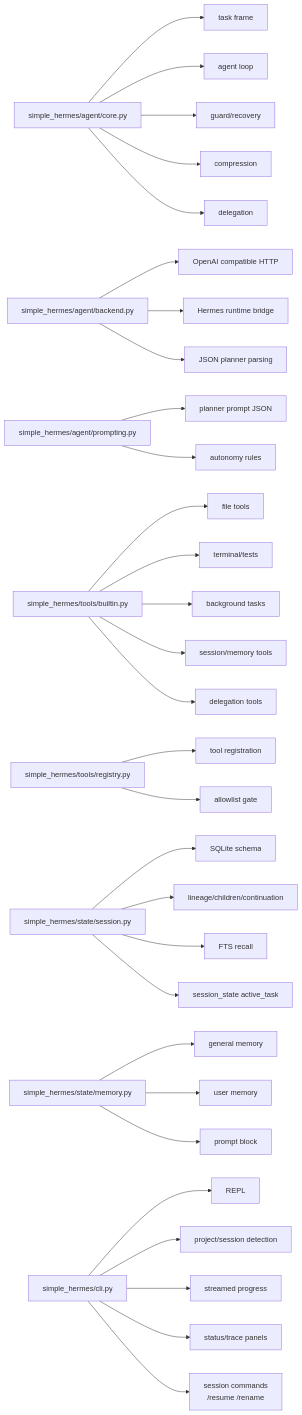
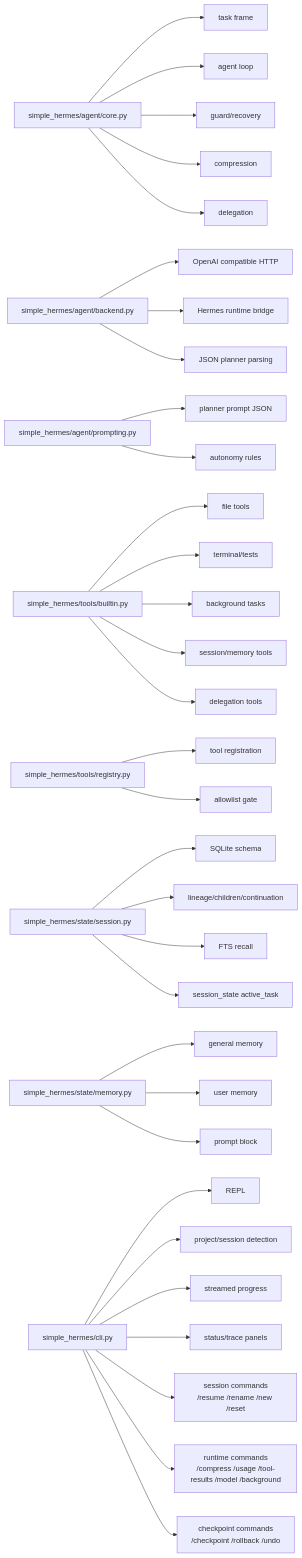
Diagram 14 of 17 in M_docs/IMPLEMENTATION_DETAILS.md (floatingstarZ/simple_hermes), drawn with Mermaid before and after one commit. The commit also changed other lines of this file and 12 other files, not shown here.

````diff
--- a/M_docs/IMPLEMENTATION_DETAILS.md
+++ b/M_docs/IMPLEMENTATION_DETAILS.md
@@ -419,39 +419,41 @@
 ```mermaid
 flowchart LR
     Core["simple_hermes/agent/core.py"] --> C1["task frame"]
     Core --> C2["agent loop"]
     Core --> C3["guard/recovery"]
     Core --> C4["compression"]
     Core --> C5["delegation"]
 
     Backend["simple_hermes/agent/backend.py"] --> B1["OpenAI compatible HTTP"]
     Backend --> B2["Hermes runtime bridge"]
     Backend --> B3["JSON planner parsing"]
 
     Prompt["simple_hermes/agent/prompting.py"] --> P1["planner prompt JSON"]
     Prompt --> P2["autonomy rules"]
 
     Tools["simple_hermes/tools/builtin.py"] --> T1["file tools"]
     Tools --> T2["terminal/tests"]
     Tools --> T3["background tasks"]
     Tools --> T4["session/memory tools"]
     Tools --> T5["delegation tools"]
 
     Registry["simple_hermes/tools/registry.py"] --> R1["tool registration"]
     Registry --> R2["allowlist gate"]
 
     Session["simple_hermes/state/session.py"] --> S1["SQLite schema"]
     Session --> S2["lineage/children/continuation"]
     Session --> S3["FTS recall"]
     Session --> S4["session_state active_task"]
 
     Memory["simple_hermes/state/memory.py"] --> M1["general memory"]
     Memory --> M2["user memory"]
     Memory --> M3["prompt block"]
 
     CLI["simple_hermes/cli.py"] --> UI1["REPL"]
     CLI --> UI2["project/session detection"]
     CLI --> UI3["streamed progress"]
     CLI --> UI4["status/trace panels"]
-    CLI --> UI5["session commands\n/resume /rename"]
+    CLI --> UI5["session commands\n/resume /rename /new /reset"]
+    CLI --> UI6["runtime commands\n/compress /usage /tool-results /model /background"]
+    CLI --> UI7["checkpoint commands\n/checkpoint /rollback /undo"]
 ```
````
